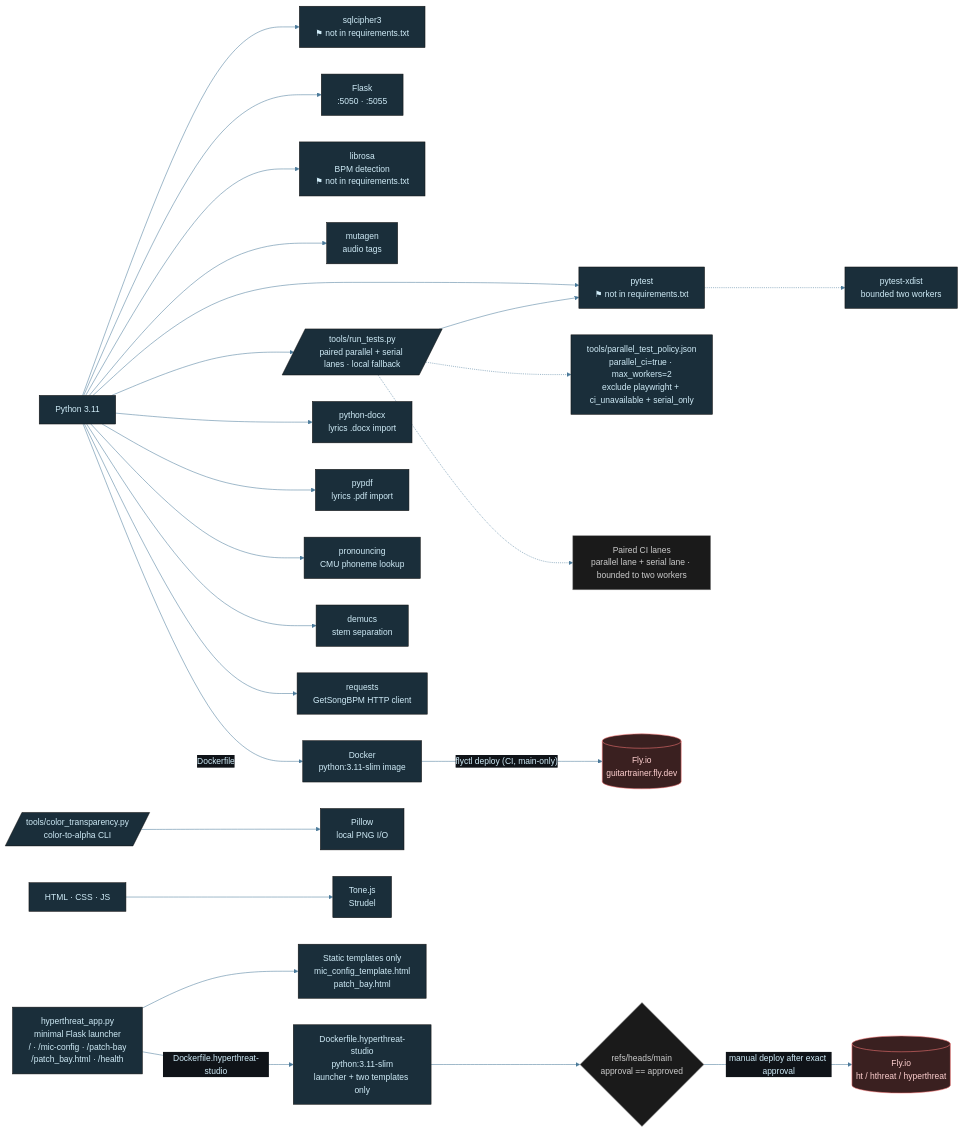
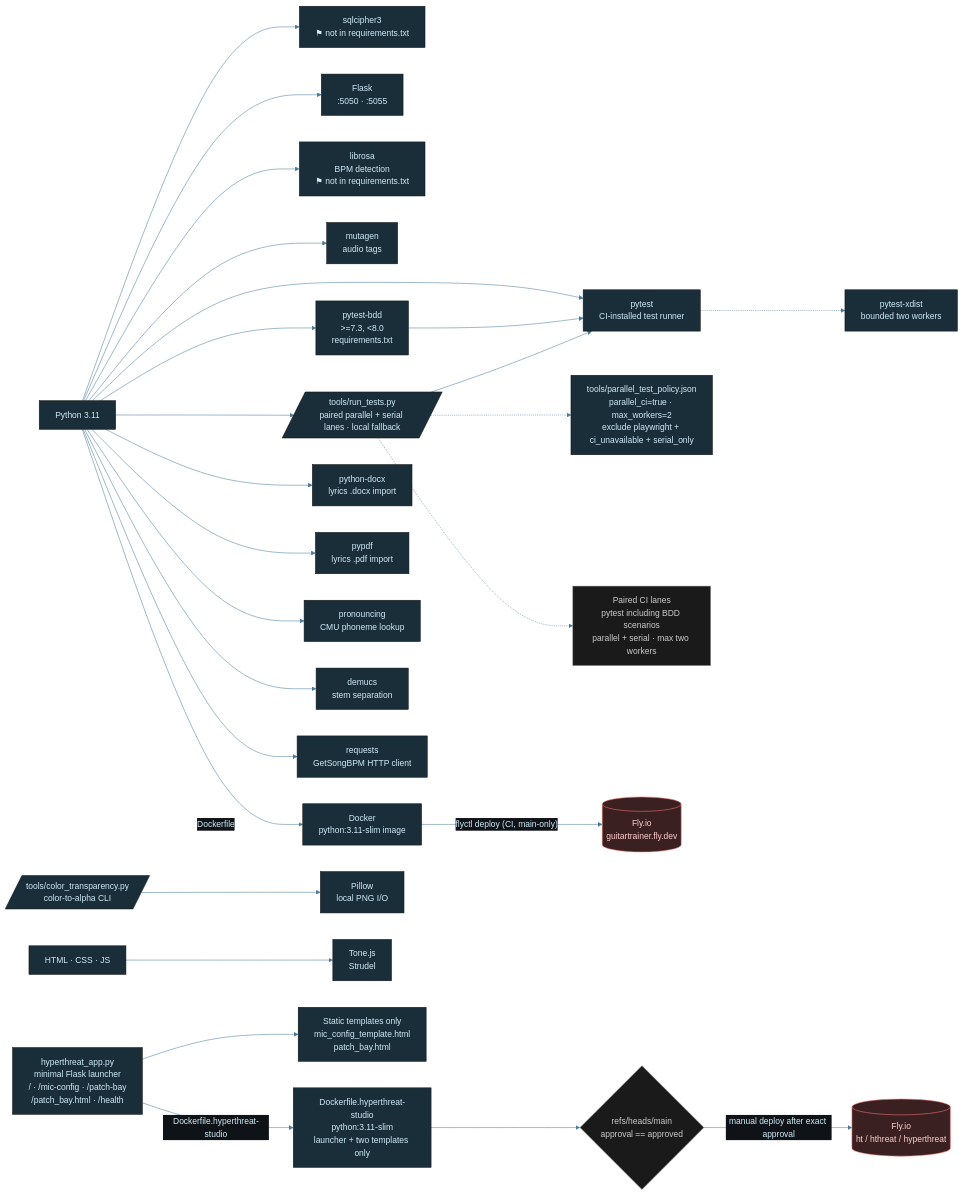
The diagram in diagrams/music-tech-stack.mmd (tylerdrakemusic/Music), drawn with Mermaid before and after one commit. The commit also changed 2 other files, not shown here.

Commit message:
❤ music: load pytest-bdd in test runner

```diff
--- a/diagrams/music-tech-stack.mmd
+++ b/diagrams/music-tech-stack.mmd
@@ -1,47 +1,49 @@
 %%{init: {'theme': 'base', 'themeVariables': {'primaryColor': '#1a2e3a', 'primaryTextColor': '#d0ecf8', 'edgeLabelBackground': '#0f1318', 'lineColor': '#4a7a9a'}}}%%
 %% is_derived_view=true
 %% Traceability.parent: diagrams/music-architecture.mmd
 graph LR
     Python[Python 3.11] --> SQLCipher["sqlcipher3<br/>⚑ not in requirements.txt"]
     Python --> Flask[Flask<br/>:5050 · :5055]
     Python --> Librosa["librosa<br/>BPM detection<br/>⚑ not in requirements.txt"]
     Python --> Mutagen[mutagen<br/>audio tags]
-    Python --> Pytest["pytest<br/>⚑ not in requirements.txt"]
+    Python --> Pytest["pytest<br/>CI-installed test runner"]
+    Python --> PytestBDD["pytest-bdd<br/>&gt;=7.3, &lt;8.0<br/>requirements.txt"]
+    PytestBDD --> Pytest
     Python --> TestRunner[/tools/run_tests.py<br/>paired parallel + serial lanes · local fallback/]
     TestRunner --> Pytest
     TestRunner -.-> TestPolicy[tools/parallel_test_policy.json<br/>parallel_ci=true · max_workers=2<br/>exclude playwright + ci_unavailable + serial_only]
     Pytest -.-> Xdist[pytest-xdist<br/>bounded two workers]
-    TestRunner -.-> ParallelEvidence[Paired CI lanes<br/>parallel lane + serial lane · bounded to two workers]
+    TestRunner -.-> ParallelEvidence[Paired CI lanes<br/>pytest including BDD scenarios<br/>parallel + serial · max two workers]
     Python --> PythonDocx[python-docx<br/>lyrics .docx import]
     Python --> Pypdf[pypdf<br/>lyrics .pdf import]
     Python --> Pronouncing[pronouncing<br/>CMU phoneme lookup]
     Python --> Demucs[demucs<br/>stem separation]
     Python --> Requests[requests<br/>GetSongBPM HTTP client]
     ColorTransparency[/tools/color_transparency.py<br>color-to-alpha CLI/] --> Pillow[Pillow<br>local PNG I/O]
     Web[HTML · CSS · JS] --> Tone[Tone.js<br/>Strudel]
     Python -->|Dockerfile| Docker[Docker<br/>python:3.11-slim image] -->|"flyctl deploy (CI, main-only)"| FlyIO[(Fly.io<br/>guitartrainer.fly.dev)]
     HyperthreatLauncher["hyperthreat_app.py<br/>minimal Flask launcher<br/>/ · /mic-config · /patch-bay<br/>/patch_bay.html · /health"]
     HyperthreatTemplates["Static templates only<br/>mic_config_template.html<br/>patch_bay.html"]
     HyperthreatDocker["Dockerfile.hyperthreat-studio<br/>python:3.11-slim<br/>launcher + two templates only"]
     HyperthreatGate{"refs/heads/main<br/>approval == approved"}
     HyperthreatFly[(Fly.io<br/>ht / hthreat / hyperthreat)]
     HyperthreatLauncher --> HyperthreatTemplates
     HyperthreatLauncher -->|"Dockerfile.hyperthreat-studio"| HyperthreatDocker
     HyperthreatDocker --> HyperthreatGate
     HyperthreatGate -->|"manual deploy after exact approval"| HyperthreatFly
     class Python,Web lang
-    class SQLCipher,Flask,Librosa,Mutagen,Pytest,TestRunner,TestPolicy,Xdist,Tone,PythonDocx,Pypdf,Pronouncing,Demucs,Requests,ColorTransparency,Pillow lib
+    class SQLCipher,Flask,Librosa,Mutagen,Pytest,PytestBDD,TestRunner,TestPolicy,Xdist,Tone,PythonDocx,Pypdf,Pronouncing,Demucs,Requests,ColorTransparency,Pillow lib
     class ParallelEvidence state
     class FlyIO,HyperthreatFly ext
     class HyperthreatLauncher,HyperthreatTemplates,HyperthreatDocker svc
     class HyperthreatGate state
 
 classDef life     fill:#1a2e3a,stroke:#6ab4d4,color:#d0ecf8
 classDef music    fill:#3a1a24,stroke:#d47a8f,color:#f8d0dc
 classDef quantum  fill:#251a3a,stroke:#a07adf,color:#e8d0f8
 classDef manifest fill:#3a2e1a,stroke:#d4a96a,color:#f8ead0
 classDef ws       fill:#1a3a30,stroke:#6ad4b4,color:#d0f8ee
 classDef tyler    fill:#2a1a3a,stroke:#9e4aff,color:#fff
 classDef ext      fill:#3a2020,stroke:#ff7a7a,color:#ffd0d0
 classDef db       fill:#3a3010,stroke:#d4c050,color:#f8f0c0
 classDef state    fill:#1a1a1a,stroke:#888888,color:#cccccc
```
